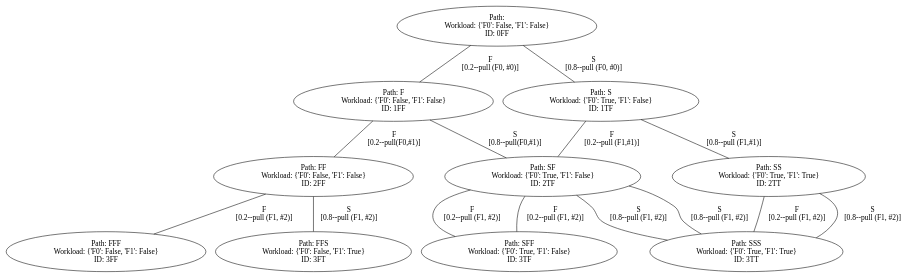
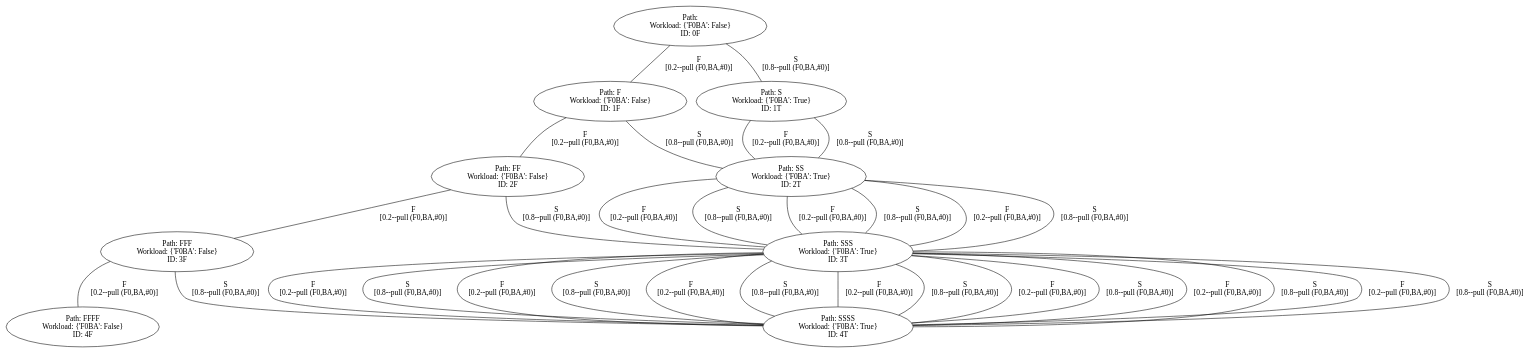
One commit to YasinBoloorchi/WARP-Simulator changed the diagram in DAG.gv. Above: the diagram before and after it, drawn with Graphviz. The commit also changed 12 other files, not shown here.

```diff
--- a/DAG.gv
+++ b/DAG.gv
@@ -1,117 +1,245 @@
 graph DAG {
-	"0FF" [label="Path: 
-Workload: {'F0': False, 'F1': False}
-ID: 0FF"]
-	"0FF" [label="Path: 
-Workload: {'F0': False, 'F1': False}
-ID: 0FF1FF"]
-	"0FF" -- "1FF" [label="F
-[0.2--pull (F0, #0)]"]
-	"1FF" [label="Path: F
-Workload: {'F0': False, 'F1': False}
-ID: 1FF"]
-	"1FF" [label="Path: F
-Workload: {'F0': False, 'F1': False}
-ID: 1FF2FF"]
-	"1FF" -- "2FF" [label="F
-[0.2--pull(F0,#1)]"]
-	"2FF" [label="Path: FF
-Workload: {'F0': False, 'F1': False}
-ID: 2FF"]
-	"2FF" [label="Path: FF
-Workload: {'F0': False, 'F1': False}
-ID: 2FF3FF"]
-	"2FF" -- "3FF" [label="F
-[0.2--pull (F1, #2)]"]
-	"3FF" [label="Path: FFF
-Workload: {'F0': False, 'F1': False}
-ID: 3FF"]
-	"2FF" [label="Path: FF
-Workload: {'F0': False, 'F1': False}
-ID: 2FF"]
-	"2FF" -- "3FT" [label="S
-[0.8--pull (F1, #2)]"]
-	"3FT" [label="Path: FFS
-Workload: {'F0': False, 'F1': True}
-ID: 3FT"]
-	"1FF" [label="Path: F
-Workload: {'F0': False, 'F1': False}
-ID: 1FF"]
-	"1FF" -- "2TF" [label="S
-[0.8--pull(F0,#1)]"]
-	"2TF" [label="Path: FS
-Workload: {'F0': True, 'F1': False}
-ID: 2TF"]
-	"2TF" [label="Path: FS
-Workload: {'F0': True, 'F1': False}
-ID: 2TF3TF"]
-	"2TF" -- "3TF" [label="F
-[0.2--pull (F1, #2)]"]
-	"3TF" [label="Path: FSF
-Workload: {'F0': True, 'F1': False}
-ID: 3TF"]
-	"2TF" [label="Path: FS
-Workload: {'F0': True, 'F1': False}
-ID: 2TF"]
-	"2TF" -- "3TT" [label="S
-[0.8--pull (F1, #2)]"]
-	"3TT" [label="Path: FSS
-Workload: {'F0': True, 'F1': True}
-ID: 3TT"]
-	"0FF" [label="Path: 
-Workload: {'F0': False, 'F1': False}
-ID: 0FF"]
-	"0FF" -- "1TF" [label="S
-[0.8--pull (F0, #0)]"]
-	"1TF" [label="Path: S
-Workload: {'F0': True, 'F1': False}
-ID: 1TF"]
-	"1TF" [label="Path: S
-Workload: {'F0': True, 'F1': False}
-ID: 1TF2TF"]
-	"1TF" -- "2TF" [label="F
-[0.2--pull (F1,#1)]"]
-	"2TF" [label="Path: SF
-Workload: {'F0': True, 'F1': False}
-ID: 2TF"]
-	"2TF" [label="Path: SF
-Workload: {'F0': True, 'F1': False}
-ID: 2TF3TF"]
-	"2TF" -- "3TF" [label="F
-[0.2--pull (F1, #2)]"]
-	"3TF" [label="Path: SFF
-Workload: {'F0': True, 'F1': False}
-ID: 3TF"]
-	"2TF" [label="Path: SF
-Workload: {'F0': True, 'F1': False}
-ID: 2TF"]
-	"2TF" -- "3TT" [label="S
-[0.8--pull (F1, #2)]"]
-	"3TT" [label="Path: SFS
-Workload: {'F0': True, 'F1': True}
-ID: 3TT"]
-	"1TF" [label="Path: S
-Workload: {'F0': True, 'F1': False}
-ID: 1TF"]
-	"1TF" -- "2TT" [label="S
-[0.8--pull (F1,#1)]"]
-	"2TT" [label="Path: SS
-Workload: {'F0': True, 'F1': True}
-ID: 2TT"]
-	"2TT" [label="Path: SS
-Workload: {'F0': True, 'F1': True}
-ID: 2TT3TT"]
-	"2TT" -- "3TT" [label="F
-[0.2--pull (F1, #2)]"]
-	"3TT" [label="Path: SSF
-Workload: {'F0': True, 'F1': True}
-ID: 3TT"]
-	"2TT" [label="Path: SS
-Workload: {'F0': True, 'F1': True}
-ID: 2TT"]
-	"2TT" -- "3TT" [label="S
-[0.8--pull (F1, #2)]"]
-	"3TT" [label="Path: SSS
-Workload: {'F0': True, 'F1': True}
-ID: 3TT"]
+	"0F" [label="Path: 
+Workload: {'F0BA': False}
+ID: 0F"]
+	"0F" [label="Path: 
+Workload: {'F0BA': False}
+ID: 0F1F"]
+	"0F" -- "1F" [label="F
+[0.2--pull (F0,BA,#0)]"]
+	"1F" [label="Path: F
+Workload: {'F0BA': False}
+ID: 1F"]
+	"1F" [label="Path: F
+Workload: {'F0BA': False}
+ID: 1F2F"]
+	"1F" -- "2F" [label="F
+[0.2--pull (F0,BA,#0)]"]
+	"2F" [label="Path: FF
+Workload: {'F0BA': False}
+ID: 2F"]
+	"2F" [label="Path: FF
+Workload: {'F0BA': False}
+ID: 2F3F"]
+	"2F" -- "3F" [label="F
+[0.2--pull (F0,BA,#0)]"]
+	"3F" [label="Path: FFF
+Workload: {'F0BA': False}
+ID: 3F"]
+	"3F" [label="Path: FFF
+Workload: {'F0BA': False}
+ID: 3F4F"]
+	"3F" -- "4F" [label="F
+[0.2--pull (F0,BA,#0)]"]
+	"4F" [label="Path: FFFF
+Workload: {'F0BA': False}
+ID: 4F"]
+	"3F" [label="Path: FFF
+Workload: {'F0BA': False}
+ID: 3F"]
+	"3F" -- "4T" [label="S
+[0.8--pull (F0,BA,#0)]"]
+	"4T" [label="Path: FFFS
+Workload: {'F0BA': True}
+ID: 4T"]
+	"2F" [label="Path: FF
+Workload: {'F0BA': False}
+ID: 2F"]
+	"2F" -- "3T" [label="S
+[0.8--pull (F0,BA,#0)]"]
+	"3T" [label="Path: FFS
+Workload: {'F0BA': True}
+ID: 3T"]
+	"3T" [label="Path: FFS
+Workload: {'F0BA': True}
+ID: 3T4T"]
+	"3T" -- "4T" [label="F
+[0.2--pull (F0,BA,#0)]"]
+	"4T" [label="Path: FFSF
+Workload: {'F0BA': True}
+ID: 4T"]
+	"3T" [label="Path: FFS
+Workload: {'F0BA': True}
+ID: 3T"]
+	"3T" -- "4T" [label="S
+[0.8--pull (F0,BA,#0)]"]
+	"4T" [label="Path: FFSS
+Workload: {'F0BA': True}
+ID: 4T"]
+	"1F" [label="Path: F
+Workload: {'F0BA': False}
+ID: 1F"]
+	"1F" -- "2T" [label="S
+[0.8--pull (F0,BA,#0)]"]
+	"2T" [label="Path: FS
+Workload: {'F0BA': True}
+ID: 2T"]
+	"2T" [label="Path: FS
+Workload: {'F0BA': True}
+ID: 2T3T"]
+	"2T" -- "3T" [label="F
+[0.2--pull (F0,BA,#0)]"]
+	"3T" [label="Path: FSF
+Workload: {'F0BA': True}
+ID: 3T"]
+	"3T" [label="Path: FSF
+Workload: {'F0BA': True}
+ID: 3T4T"]
+	"3T" -- "4T" [label="F
+[0.2--pull (F0,BA,#0)]"]
+	"4T" [label="Path: FSFF
+Workload: {'F0BA': True}
+ID: 4T"]
+	"3T" [label="Path: FSF
+Workload: {'F0BA': True}
+ID: 3T"]
+	"3T" -- "4T" [label="S
+[0.8--pull (F0,BA,#0)]"]
+	"4T" [label="Path: FSFS
+Workload: {'F0BA': True}
+ID: 4T"]
+	"2T" [label="Path: FS
+Workload: {'F0BA': True}
+ID: 2T"]
+	"2T" -- "3T" [label="S
+[0.8--pull (F0,BA,#0)]"]
+	"3T" [label="Path: FSS
+Workload: {'F0BA': True}
+ID: 3T"]
+	"3T" [label="Path: FSS
+Workload: {'F0BA': True}
+ID: 3T4T"]
+	"3T" -- "4T" [label="F
+[0.2--pull (F0,BA,#0)]"]
+	"4T" [label="Path: FSSF
+Workload: {'F0BA': True}
+ID: 4T"]
+	"3T" [label="Path: FSS
+Workload: {'F0BA': True}
+ID: 3T"]
+	"3T" -- "4T" [label="S
+[0.8--pull (F0,BA,#0)]"]
+	"4T" [label="Path: FSSS
+Workload: {'F0BA': True}
+ID: 4T"]
+	"0F" [label="Path: 
+Workload: {'F0BA': False}
+ID: 0F"]
+	"0F" -- "1T" [label="S
+[0.8--pull (F0,BA,#0)]"]
+	"1T" [label="Path: S
+Workload: {'F0BA': True}
+ID: 1T"]
+	"1T" [label="Path: S
+Workload: {'F0BA': True}
+ID: 1T2T"]
+	"1T" -- "2T" [label="F
+[0.2--pull (F0,BA,#0)]"]
+	"2T" [label="Path: SF
+Workload: {'F0BA': True}
+ID: 2T"]
+	"2T" [label="Path: SF
+Workload: {'F0BA': True}
+ID: 2T3T"]
+	"2T" -- "3T" [label="F
+[0.2--pull (F0,BA,#0)]"]
+	"3T" [label="Path: SFF
+Workload: {'F0BA': True}
+ID: 3T"]
+	"3T" [label="Path: SFF
+Workload: {'F0BA': True}
+ID: 3T4T"]
+	"3T" -- "4T" [label="F
+[0.2--pull (F0,BA,#0)]"]
+	"4T" [label="Path: SFFF
+Workload: {'F0BA': True}
+ID: 4T"]
+	"3T" [label="Path: SFF
+Workload: {'F0BA': True}
+ID: 3T"]
+	"3T" -- "4T" [label="S
+[0.8--pull (F0,BA,#0)]"]
+	"4T" [label="Path: SFFS
+Workload: {'F0BA': True}
+ID: 4T"]
+	"2T" [label="Path: SF
+Workload: {'F0BA': True}
+ID: 2T"]
+	"2T" -- "3T" [label="S
+[0.8--pull (F0,BA,#0)]"]
+	"3T" [label="Path: SFS
+Workload: {'F0BA': True}
+ID: 3T"]
+	"3T" [label="Path: SFS
+Workload: {'F0BA': True}
+ID: 3T4T"]
+	"3T" -- "4T" [label="F
+[0.2--pull (F0,BA,#0)]"]
+	"4T" [label="Path: SFSF
+Workload: {'F0BA': True}
+ID: 4T"]
+	"3T" [label="Path: SFS
+Workload: {'F0BA': True}
+ID: 3T"]
+	"3T" -- "4T" [label="S
+[0.8--pull (F0,BA,#0)]"]
+	"4T" [label="Path: SFSS
+Workload: {'F0BA': True}
+ID: 4T"]
+	"1T" [label="Path: S
+Workload: {'F0BA': True}
+ID: 1T"]
+	"1T" -- "2T" [label="S
+[0.8--pull (F0,BA,#0)]"]
+	"2T" [label="Path: SS
+Workload: {'F0BA': True}
+ID: 2T"]
+	"2T" [label="Path: SS
+Workload: {'F0BA': True}
+ID: 2T3T"]
+	"2T" -- "3T" [label="F
+[0.2--pull (F0,BA,#0)]"]
+	"3T" [label="Path: SSF
+Workload: {'F0BA': True}
+ID: 3T"]
+	"3T" [label="Path: SSF
+Workload: {'F0BA': True}
+ID: 3T4T"]
+	"3T" -- "4T" [label="F
+[0.2--pull (F0,BA,#0)]"]
+	"4T" [label="Path: SSFF
+Workload: {'F0BA': True}
+ID: 4T"]
+	"3T" [label="Path: SSF
+Workload: {'F0BA': True}
+ID: 3T"]
+	"3T" -- "4T" [label="S
+[0.8--pull (F0,BA,#0)]"]
+	"4T" [label="Path: SSFS
+Workload: {'F0BA': True}
+ID: 4T"]
+	"2T" [label="Path: SS
+Workload: {'F0BA': True}
+ID: 2T"]
+	"2T" -- "3T" [label="S
+[0.8--pull (F0,BA,#0)]"]
+	"3T" [label="Path: SSS
+Workload: {'F0BA': True}
+ID: 3T"]
+	"3T" [label="Path: SSS
+Workload: {'F0BA': True}
+ID: 3T4T"]
+	"3T" -- "4T" [label="F
+[0.2--pull (F0,BA,#0)]"]
+	"4T" [label="Path: SSSF
+Workload: {'F0BA': True}
+ID: 4T"]
+	"3T" [label="Path: SSS
+Workload: {'F0BA': True}
+ID: 3T"]
+	"3T" -- "4T" [label="S
+[0.8--pull (F0,BA,#0)]"]
+	"4T" [label="Path: SSSS
+Workload: {'F0BA': True}
+ID: 4T"]
 }
```
